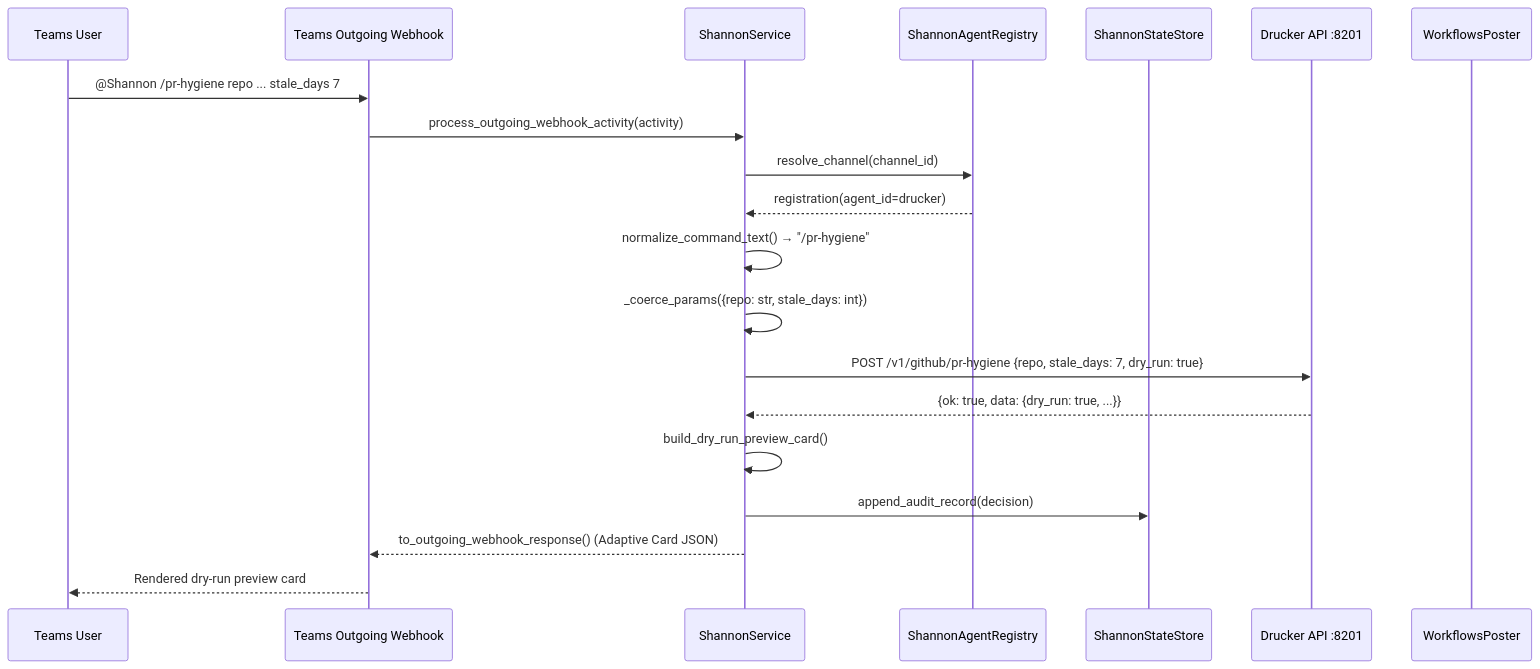
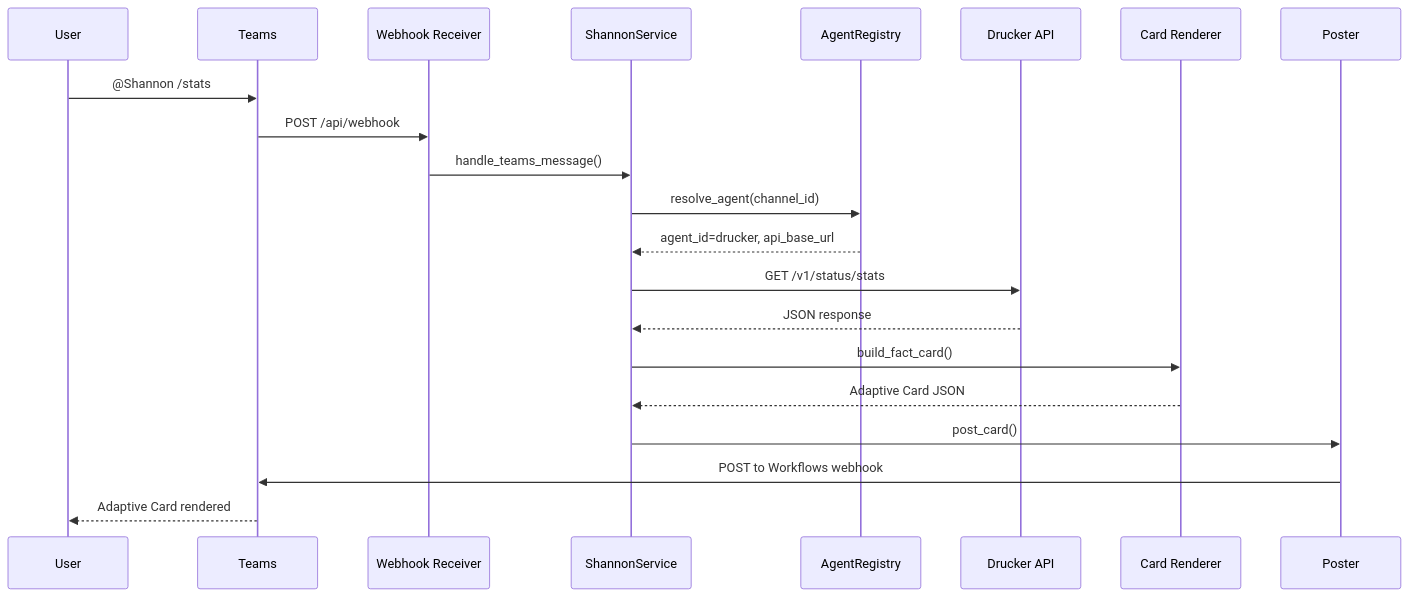
One commit to jmac-cornelis/agent-workforce changed the second of 4 diagrams in agents/shannon/docs/as-built.md. Above: the diagram before and after it, drawn with Mermaid. The commit also changed other lines of this file and 6 other files, not shown here.

````diff
--- a/agents/shannon/docs/as-built.md
+++ b/agents/shannon/docs/as-built.md
@@ -77,23 +77,24 @@
 ```mermaid
 sequenceDiagram
-    participant U as Teams User
-    participant T as Teams Outgoing Webhook
+    participant U as User
+    participant T as Teams
+    participant WH as Webhook Receiver
     participant SVC as ShannonService
-    participant REG as ShannonAgentRegistry
-    participant SS as ShannonStateStore
-    participant API as Drucker API :8201
-    participant P as WorkflowsPoster
+    participant REG as AgentRegistry
+    participant API as Drucker API
+    participant CARD as Card Renderer
+    participant POST as Poster
 
-    U->>T: @Shannon /pr-hygiene repo ... stale_days 7
-    T->>SVC: process_outgoing_webhook_activity(activity)
-    SVC->>REG: resolve_channel(channel_id)
-    REG-->>SVC: registration(agent_id=drucker)
-    SVC->>SVC: normalize_command_text() → "/pr-hygiene"
-    SVC->>SVC: _coerce_params({repo: str, stale_days: int})
-    SVC->>API: POST /v1/github/pr-hygiene {repo, stale_days: 7, dry_run: true}
-    API-->>SVC: {ok: true, data: {dry_run: true, ...}}
-    SVC->>SVC: build_dry_run_preview_card()
-    SVC->>SS: append_audit_record(decision)
-    SVC-->>T: to_outgoing_webhook_response() (Adaptive Card JSON)
-    T-->>U: Rendered dry-run preview card
+    U->>T: @Shannon /stats
+    T->>WH: POST /api/webhook
+    WH->>SVC: handle_teams_message()
+    SVC->>REG: resolve_agent(channel_id)
+    REG-->>SVC: agent_id=drucker, api_base_url
+    SVC->>API: GET /v1/status/stats
+    API-->>SVC: JSON response
+    SVC->>CARD: build_fact_card()
+    CARD-->>SVC: Adaptive Card JSON
+    SVC->>POST: post_card()
+    POST->>T: POST to Workflows webhook
+    T-->>U: Adaptive Card rendered
 ```
````
